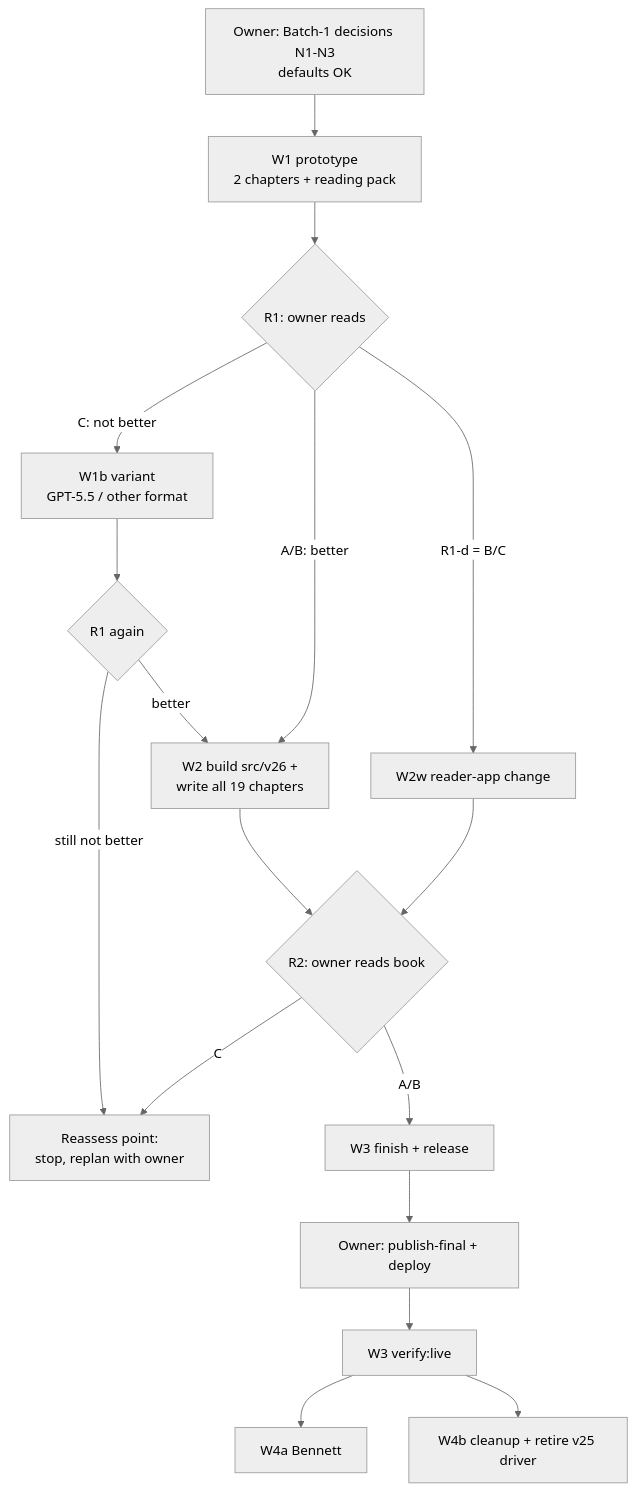
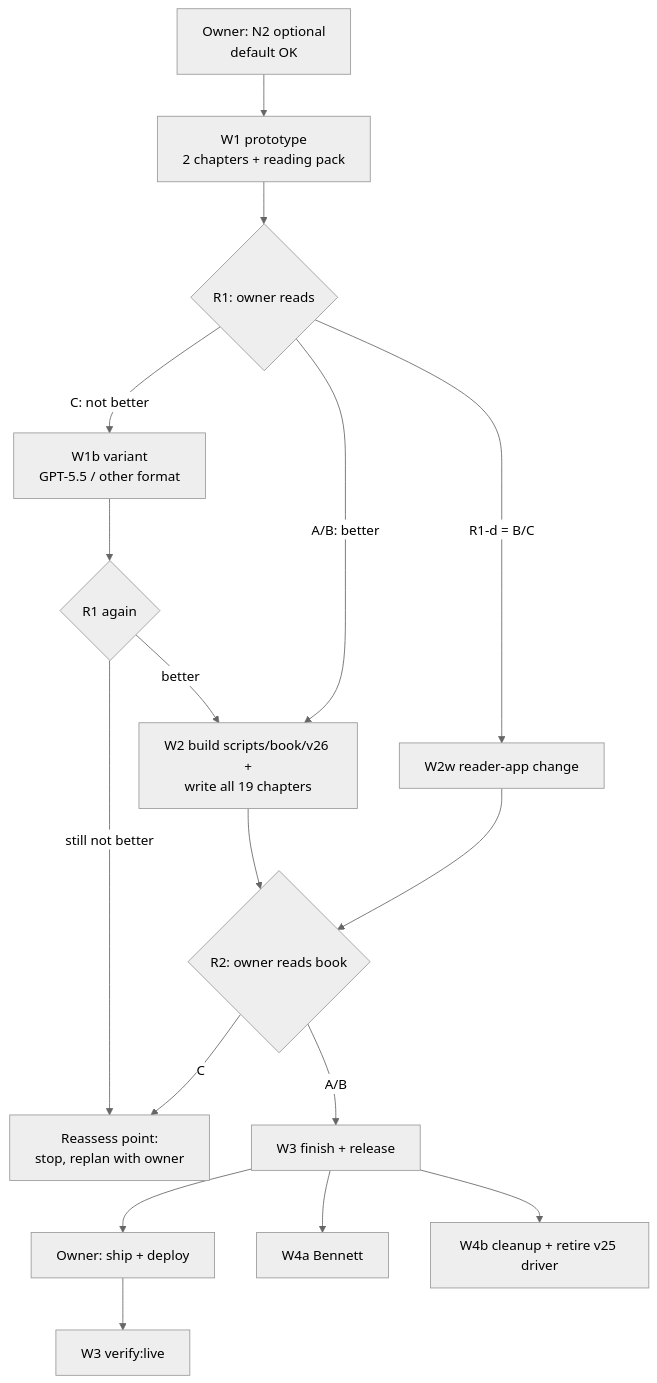
The diagram in docs/v26-plan/README.md (WillSoltani/ChapterFlow), drawn with Mermaid (neutral theme) before and after one commit. The commit also changed other lines of this file and 16 other files, not shown here.

First line of the commit message:
docs(v26): apply the plan review: ship route, test placement, resume clauses, safe cleanup, fewer owner decisions

````diff
--- a/docs/v26-plan/README.md
+++ b/docs/v26-plan/README.md
@@ -50,18 +50,18 @@
 ```mermaid
 graph TD
-  N[Owner: Batch-1 decisions N1-N3<br/>defaults OK] --> W1[W1 prototype<br/>2 chapters + reading pack]
+  N[Owner: N2 optional<br/>default OK] --> W1[W1 prototype<br/>2 chapters + reading pack]
   W1 --> R1{R1: owner reads}
   R1 -- C: not better --> W1b[W1b variant<br/>GPT-5.5 / other format] --> R1b{R1 again}
   R1b -- still not better --> STOP[Reassess point:<br/>stop, replan with owner]
   R1b -- better --> W2
-  R1 -- A/B: better --> W2[W2 build src/v26 +<br/>write all 19 chapters]
+  R1 -- A/B: better --> W2[W2 build scripts/book/v26 +<br/>write all 19 chapters]
   R1 -- R1-d = B/C --> W2w[W2w reader-app change]
   W2 --> R2{R2: owner reads book}
   W2w --> R2
   R2 -- A/B --> W3[W3 finish + release]
   R2 -- C --> STOP
-  W3 --> P[Owner: publish-final + deploy]
+  W3 --> P[Owner: ship + deploy]
   P --> V[W3 verify:live]
-  V --> W4a[W4a Bennett]
-  V --> W4b[W4b cleanup + retire v25 driver]
+  W3 --> W4a[W4a Bennett]
+  W3 --> W4b[W4b cleanup + retire v25 driver]
 ```
````
